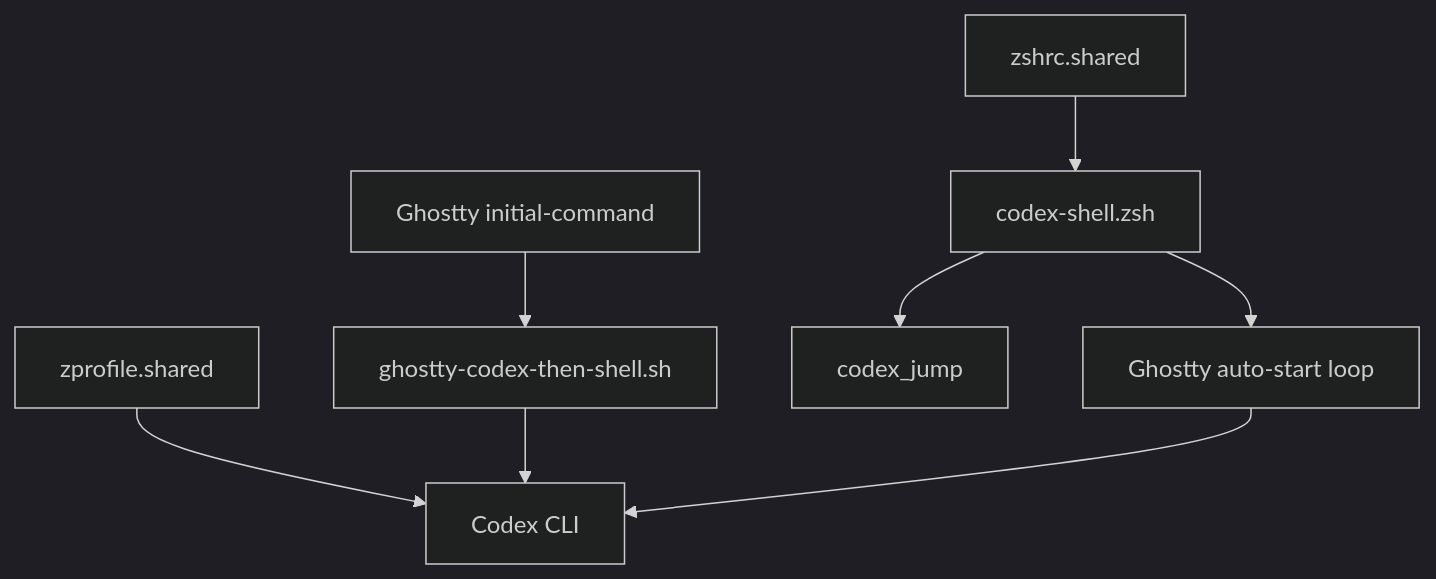
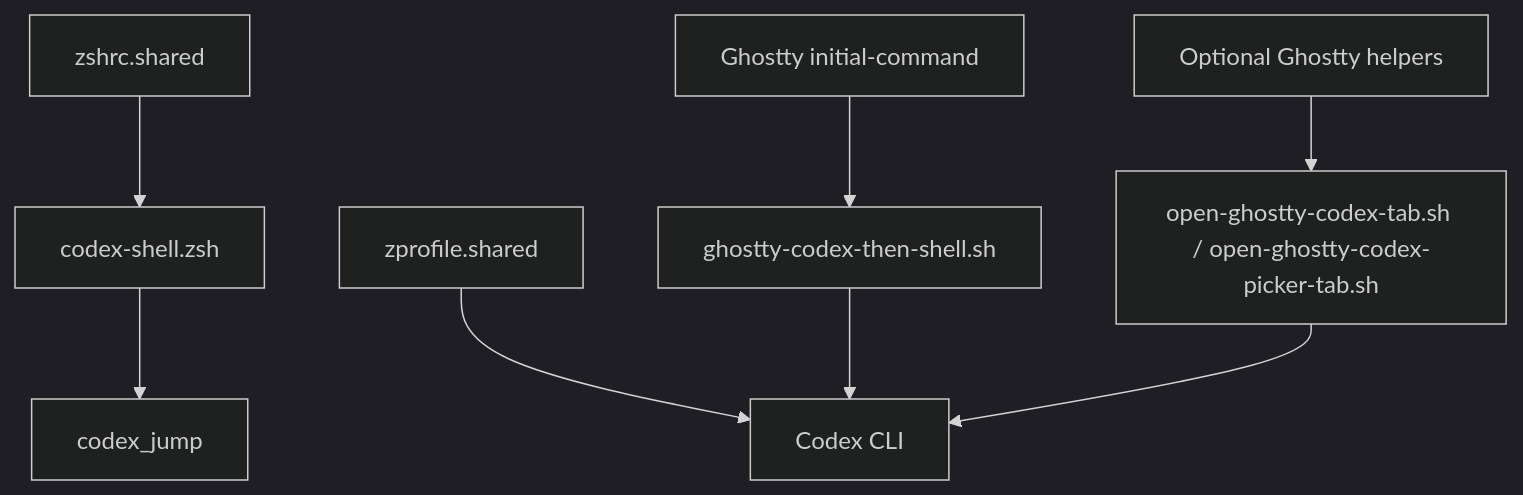
The third of 5 diagrams in docs/architecture/codex-control-plane-script-flows.md (wisdom-in-a-nutshell/.agents), drawn with Mermaid (dark theme) before and after one commit. The commit also changed 3 other files, not shown here.

````diff
--- a/docs/architecture/codex-control-plane-script-flows.md
+++ b/docs/architecture/codex-control-plane-script-flows.md
@@ -79,10 +79,10 @@
 ```mermaid
 flowchart TD
     A[zshrc.shared] --> B[codex-shell.zsh]
     A2[zprofile.shared] --> G[Codex CLI]
     C[Ghostty initial-command] --> D[ghostty-codex-then-shell.sh]
     B --> E[codex_jump]
-    B --> F[Ghostty auto-start loop]
+    H[Optional Ghostty helpers] --> I[open-ghostty-codex-tab.sh / open-ghostty-codex-picker-tab.sh]
     D --> G[Codex CLI]
-    F --> G
+    I --> G
 ```
````
